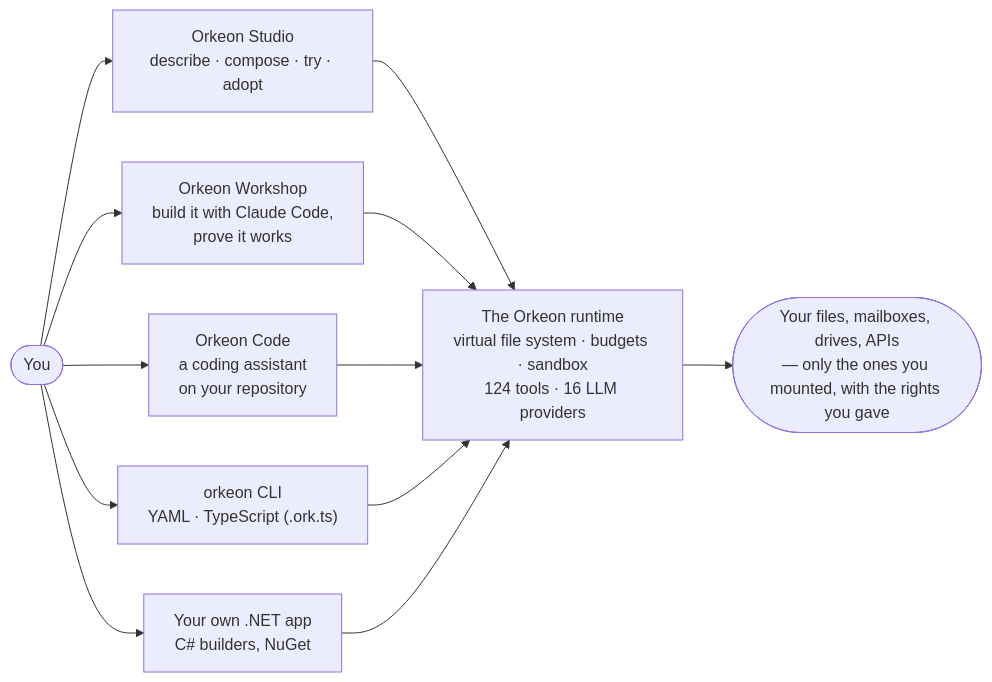
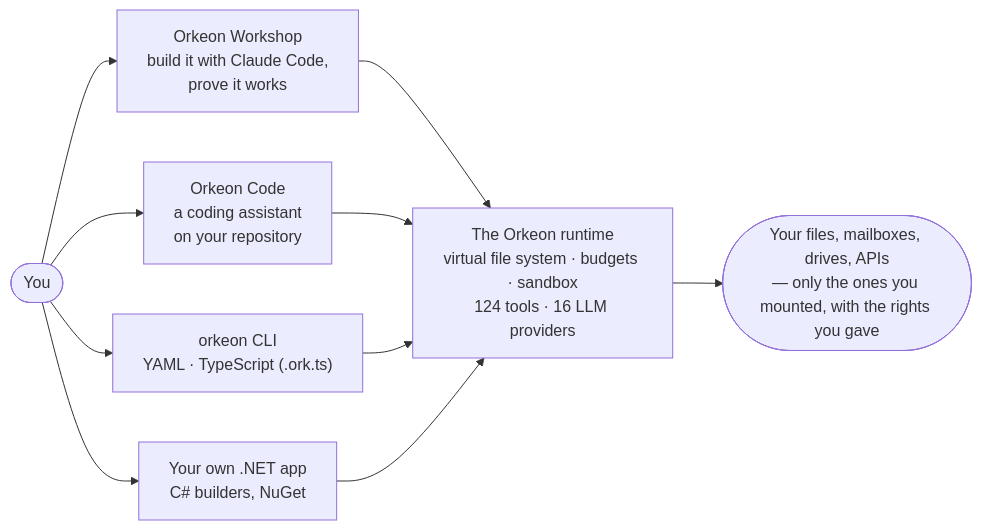
One commit to Orkeon/orkeon changed the diagram in README.md. Above: the diagram before and after it, drawn with Mermaid. The commit also changed other lines of this file and 1106 other files, not shown here.

First line of the commit message:
chore: remove Orkeon Studio, now in its own repository (#323)

````diff
--- a/README.md
+++ b/README.md
@@ -30,10 +30,9 @@
 ```mermaid
 flowchart LR
-    you(["You"]) --> studio["Orkeon Studio<br/>describe · compose · try · adopt"]
-    you --> workshop["Orkeon Workshop<br/>build it with Claude Code,<br/>prove it works"]
+    you(["You"]) --> workshop["Orkeon Workshop<br/>build it with Claude Code,<br/>prove it works"]
     you --> code["Orkeon Code<br/>a coding assistant<br/>on your repository"]
     you --> cli["orkeon CLI<br/>YAML · TypeScript (.ork.ts)"]
     you --> app["Your own .NET app<br/>C# builders, NuGet"]
-    studio & workshop & code & cli & app --> runtime["The Orkeon runtime<br/>virtual file system · budgets · sandbox<br/>124 tools · 16 LLM providers"]
+    workshop & code & cli & app --> runtime["The Orkeon runtime<br/>virtual file system · budgets · sandbox<br/>124 tools · 16 LLM providers"]
     runtime --> world(["Your files, mailboxes, drives, APIs<br/>— only the ones you mounted, with the rights you gave"])
 ```
````
